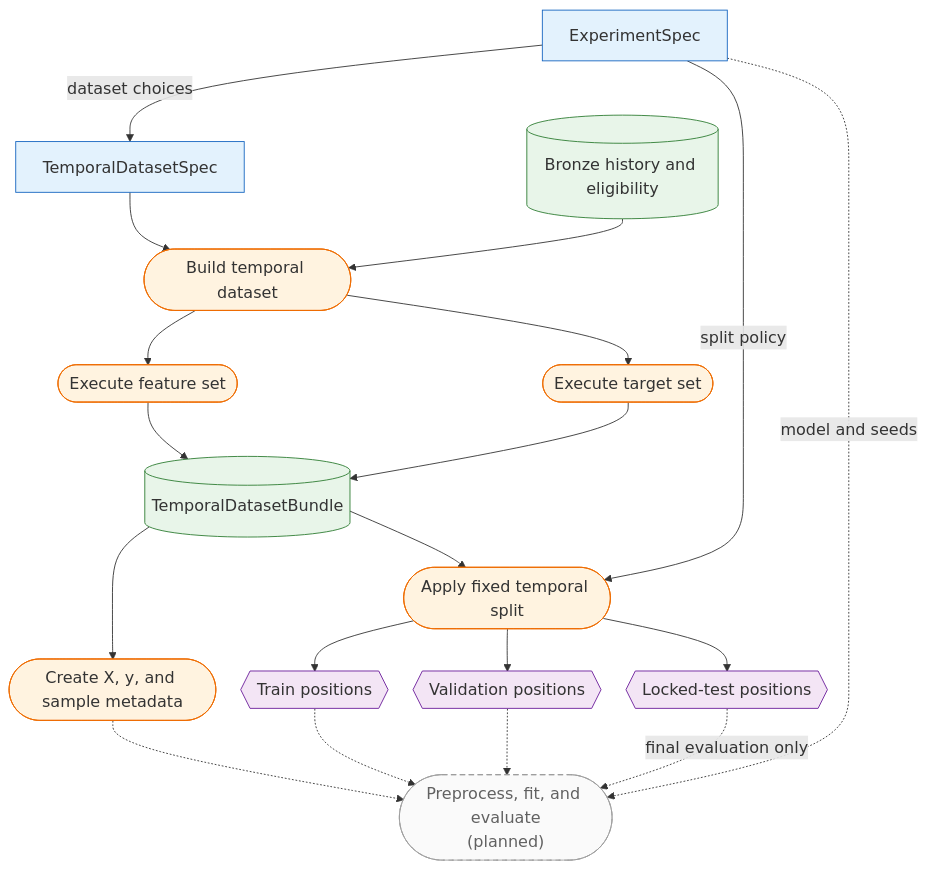
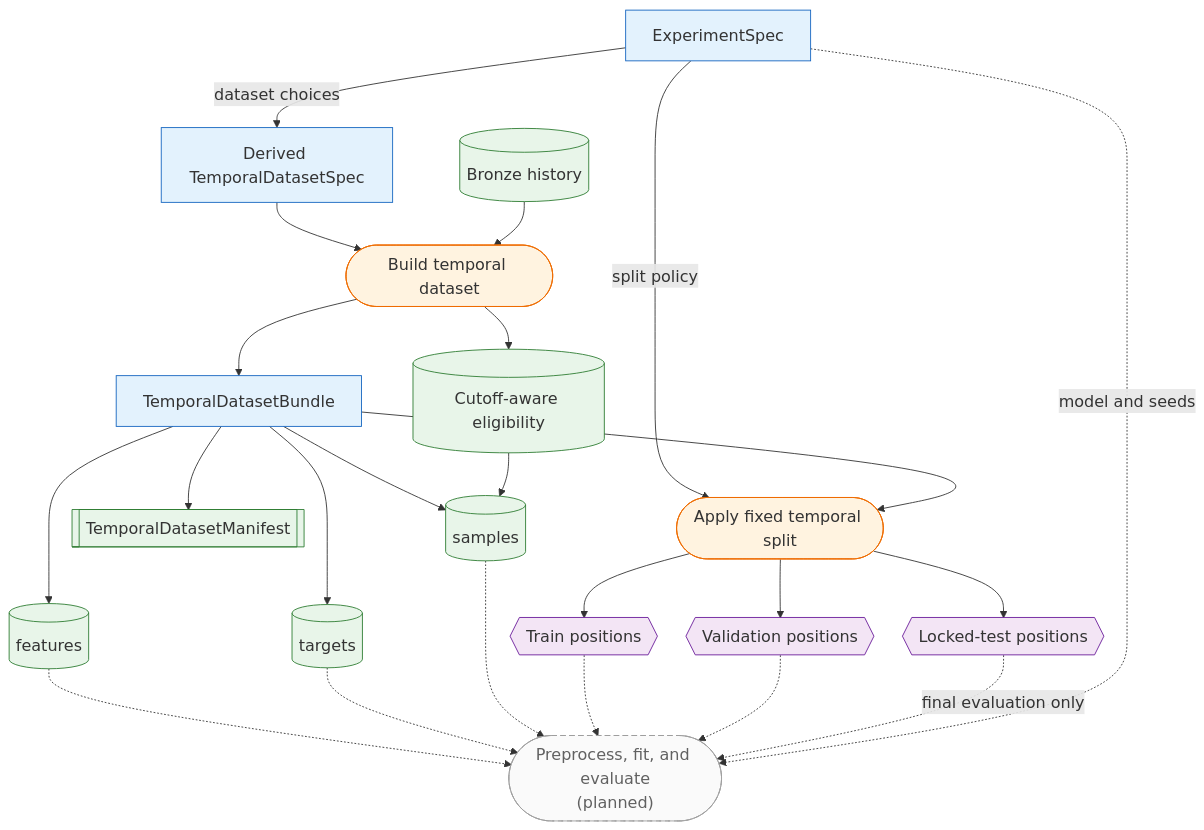
The diagram in docs/modeling/overview.md (Frallmeister/swingtrader-app), drawn with Mermaid before and after one commit. The commit also changed other lines of this file and 17 other files, not shown here.

````diff
--- a/docs/modeling/overview.md
+++ b/docs/modeling/overview.md
@@ -12,47 +9,53 @@
 ```mermaid
-%%{init: {"themeVariables": {"fontSize": "18px"}, "flowchart": {"nodeSpacing": 28, "rankSpacing": 34}}}%%
+%%{init: {"themeVariables": {"fontSize": "18px"}, "flowchart": {"nodeSpacing": 32, "rankSpacing": 48}}}%%
 flowchart TB
     experiment["ExperimentSpec"]
-    dataset_spec["TemporalDatasetSpec"]
-    source[(Bronze history and eligibility)]
+    dataset_spec["Derived TemporalDatasetSpec"]
+    source[(Bronze history)]
+    eligibility[(Cutoff-aware eligibility)]
     builder([Build temporal dataset])
-    features([Execute feature set])
-    targets([Execute target set])
-    bundle[(TemporalDatasetBundle)]
-    tabular([Create X, y, and sample metadata])
+    bundle["TemporalDatasetBundle"]
+    features[(features)]
+    targets[(targets)]
+    samples[(samples)]
+    manifest[[TemporalDatasetManifest]]
     splitter([Apply fixed temporal split])
     train{{Train positions}}
     validation{{Validation positions}}
     test{{Locked-test positions}}
     modeling(["Preprocess, fit, and evaluate<br/>(planned)"])
 
     experiment -->|dataset choices| dataset_spec
     dataset_spec --> builder
     source --> builder
-    builder --> features
-    builder --> targets
-    features --> bundle
-    targets --> bundle
-    bundle --> tabular
+    builder --> eligibility
+    builder --> bundle
+    bundle --> features
+    bundle --> targets
+    bundle --> samples
+    eligibility --> samples
+    bundle --> manifest
     experiment -->|split policy| splitter
     bundle --> splitter
     splitter --> train
     splitter --> validation
     splitter --> test
-    tabular -.-> modeling
+    features -.-> modeling
+    targets -.-> modeling
+    samples -.-> modeling
     train -.-> modeling
     validation -.-> modeling
     test -.->|final evaluation only| modeling
     experiment -.->|model and seeds| modeling
 
     classDef contract fill:#e3f2fd,stroke:#1565c0
     classDef action fill:#fff3e0,stroke:#ef6c00
     classDef artifact fill:#e8f5e9,stroke:#2e7d32
     classDef state fill:#f3e5f5,stroke:#6a1b9a
     classDef planned fill:#fafafa,stroke:#9e9e9e,color:#616161,stroke-dasharray:6 4
-    class experiment,dataset_spec contract
-    class builder,features,targets,tabular,splitter action
-    class source,bundle artifact
+    class experiment,dataset_spec,bundle contract
+    class builder,splitter action
+    class source,eligibility,features,targets,samples,manifest artifact
     class train,validation,test state
     class modeling planned
 ```
````
